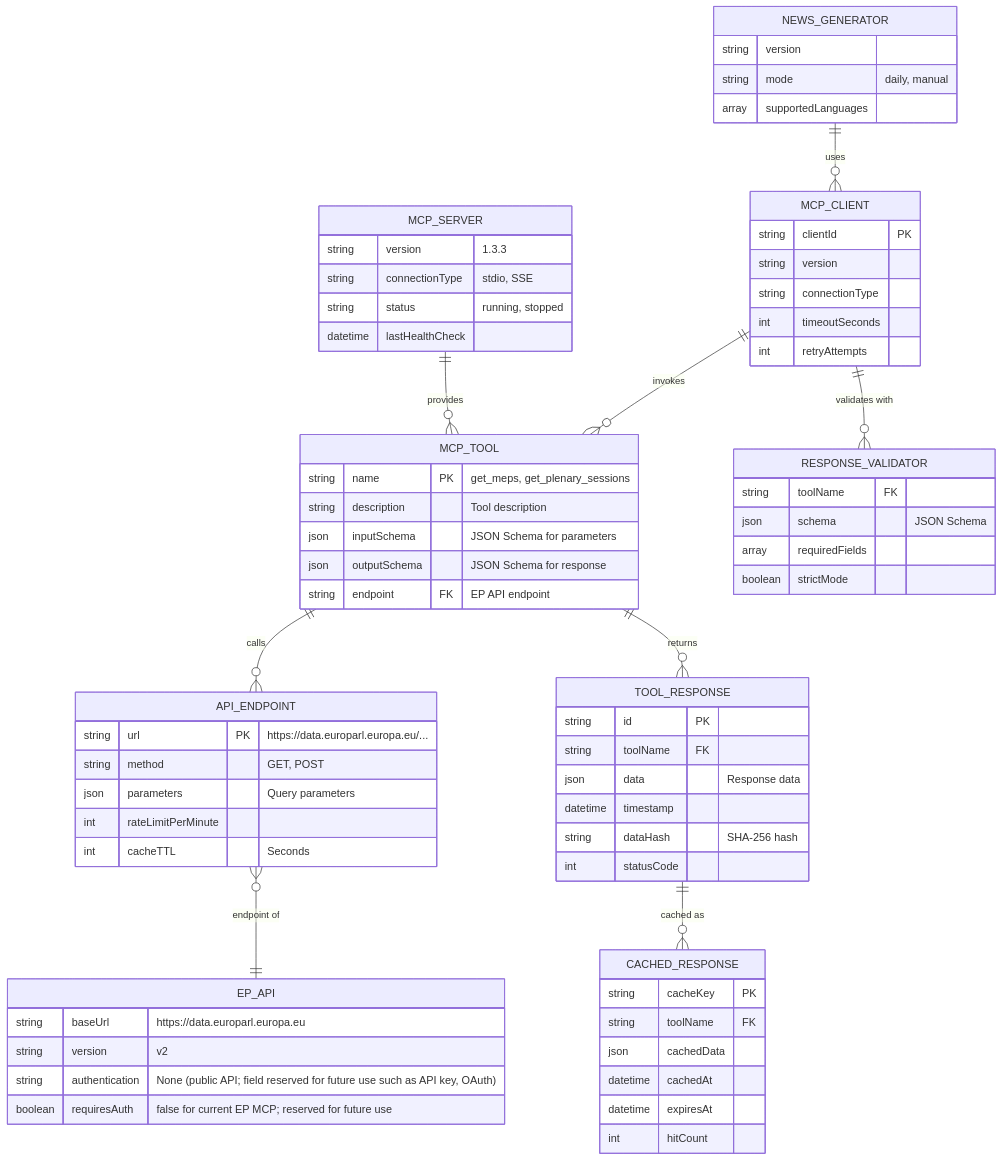
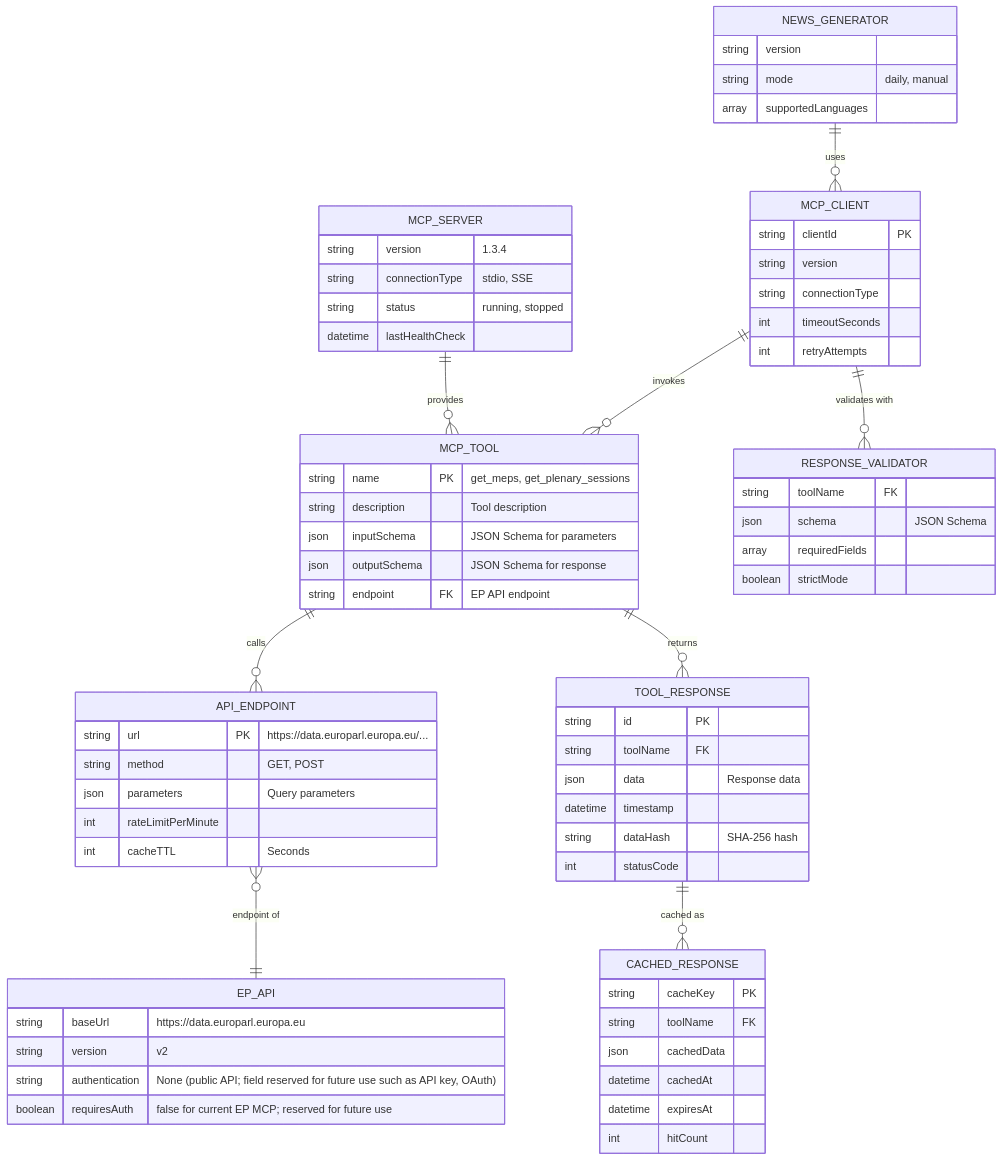
The third of 9 diagrams in DATA_MODEL.md (Hack23/euparliamentmonitor), drawn with Mermaid before and after one commit. The commit also changed other lines of this file and 42 other files, not shown here.

````diff
--- a/DATA_MODEL.md
+++ b/DATA_MODEL.md
@@ -974,81 +974,81 @@
 ```mermaid
 erDiagram
     MCP_SERVER ||--o{ MCP_TOOL : "provides"
     MCP_TOOL ||--o{ API_ENDPOINT : "calls"
     API_ENDPOINT }o--|| EP_API : "endpoint of"
     MCP_TOOL ||--o{ TOOL_RESPONSE : "returns"
     TOOL_RESPONSE ||--o{ CACHED_RESPONSE : "cached as"
 
     NEWS_GENERATOR ||--o{ MCP_CLIENT : "uses"
     MCP_CLIENT ||--o{ MCP_TOOL : "invokes"
     MCP_CLIENT ||--o{ RESPONSE_VALIDATOR : "validates with"
 
     MCP_SERVER {
-        string version "1.3.3"
+        string version "1.3.4"
         string connectionType "stdio, SSE"
         string status "running, stopped"
         datetime lastHealthCheck
     }
 
     MCP_TOOL {
         string name PK "get_meps, get_plenary_sessions"
         string description "Tool description"
         json inputSchema "JSON Schema for parameters"
         json outputSchema "JSON Schema for response"
         string endpoint FK "EP API endpoint"
     }
 
     API_ENDPOINT {
         string url PK "https://data.europarl.europa.eu/..."
         string method "GET, POST"
         json parameters "Query parameters"
         int rateLimitPerMinute
         int cacheTTL "Seconds"
     }
 
     EP_API {
         string baseUrl "https://data.europarl.europa.eu"
         string version "v2"
         string authentication "None (public API; field reserved for future use such as API key, OAuth)"
         boolean requiresAuth "false for current EP MCP; reserved for future use"
     }
 
     TOOL_RESPONSE {
         string id PK
         string toolName FK
         json data "Response data"
         datetime timestamp
         string dataHash "SHA-256 hash"
         int statusCode
     }
 
     CACHED_RESPONSE {
         string cacheKey PK
         string toolName FK
         json cachedData
         datetime cachedAt
         datetime expiresAt
         int hitCount
     }
 
     MCP_CLIENT {
         string clientId PK
         string version
         string connectionType
         int timeoutSeconds
         int retryAttempts
     }
 
     RESPONSE_VALIDATOR {
         string toolName FK
         json schema "JSON Schema"
         array requiredFields
         boolean strictMode
     }
 
     NEWS_GENERATOR {
         string version
         string mode "daily, manual"
         array supportedLanguages
     }
 ```
````
